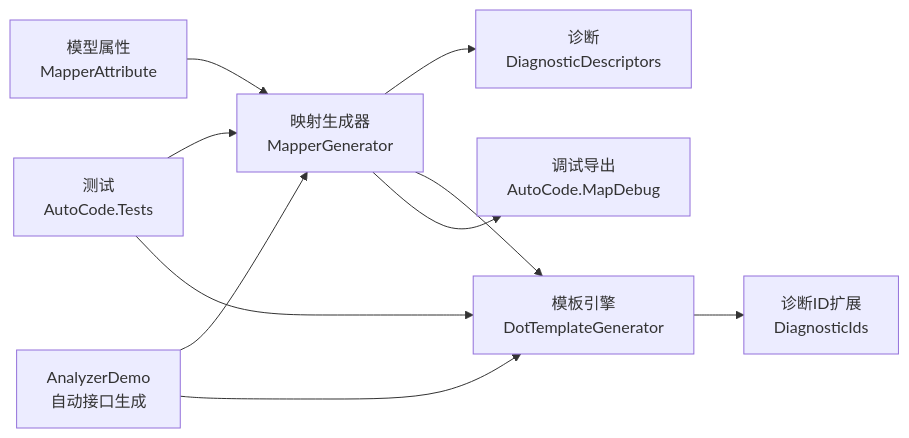
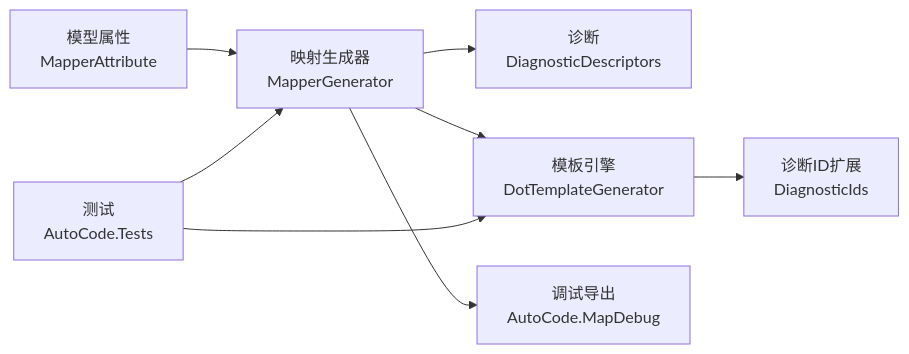
Before and after one commit to alivy/AutoCode: the fourth of 4 diagrams in .qoder/repowiki/zh/content/调试与诊断/调试与诊断.md, drawn with Mermaid. The commit also changed other lines of this file and 152 other files, not shown here.

````diff
--- a/.qoder/repowiki/zh/content/调试与诊断/调试与诊断.md
+++ b/.qoder/repowiki/zh/content/调试与诊断/调试与诊断.md
@@ -267,12 +236,10 @@
 ```mermaid
 graph LR
 Attr["模型属性<br/>MapperAttribute"] --> Gen["映射生成器<br/>MapperGenerator"]
 Gen --> Diag["诊断<br/>DiagnosticDescriptors"]
 Gen --> Tpl["模板引擎<br/>DotTemplateGenerator"]
 Tpl --> DiagExt["诊断ID扩展<br/>DiagnosticIds"]
 Gen --> Debug["调试导出<br/>AutoCode.MapDebug"]
 Tests["测试<br/>AutoCode.Tests"] --> Gen
 Tests --> Tpl
-ADemo["AnalyzerDemo<br/>自动接口生成"] --> Gen
-ADemo --> Tpl
 ```
````
